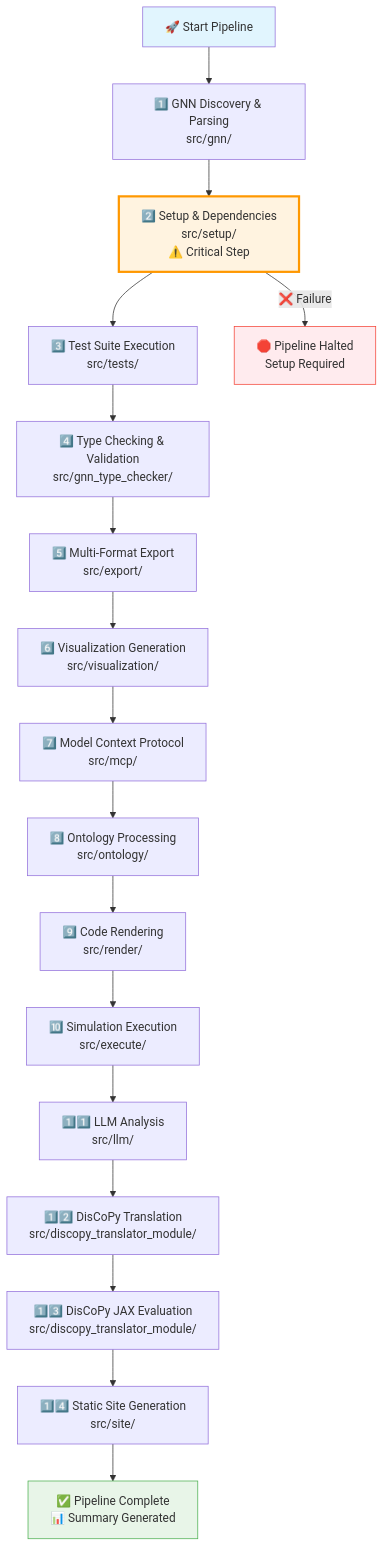
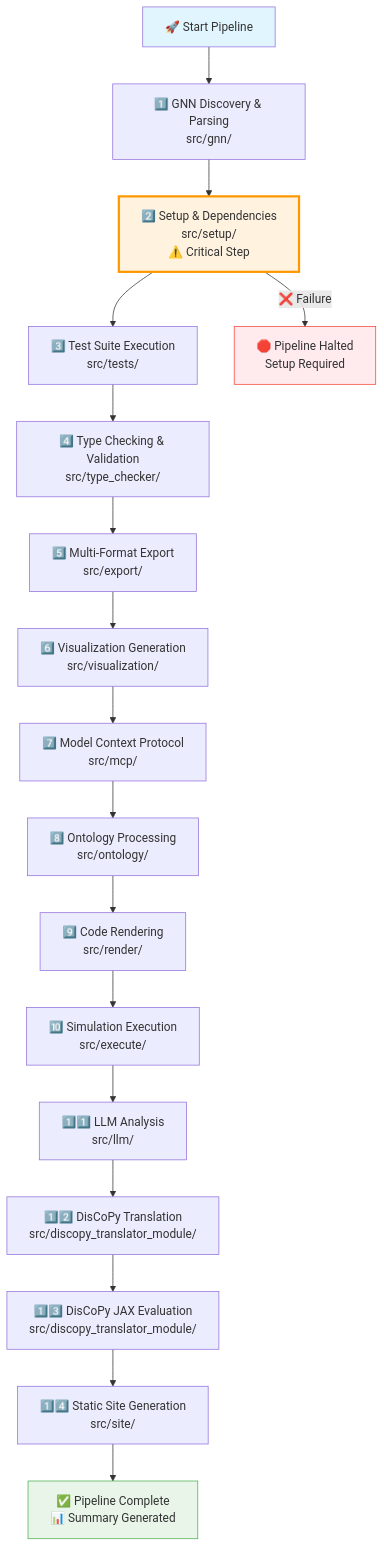
Before and after one commit to ActiveInferenceInstitute/GeneralizedNotationNotation: the third of 4 diagrams in README.md, drawn with Mermaid. The commit also changed other lines of this file and 520 other files, not shown here.

````diff
--- a/README.md
+++ b/README.md
@@ -250,25 +250,25 @@
 ```mermaid
 flowchart TD
     A["🚀 Start Pipeline"] --> B["1️⃣ GNN Discovery & Parsing<br/>src/gnn/"]
     B --> C["2️⃣ Setup & Dependencies<br/>src/setup/<br/>⚠️ Critical Step"]
     C --> D["3️⃣ Test Suite Execution<br/>src/tests/"]
-    D --> E["4️⃣ Type Checking & Validation<br/>src/gnn_type_checker/"]
+    D --> E["4️⃣ Type Checking & Validation<br/>src/type_checker/"]
     E --> F["5️⃣ Multi-Format Export<br/>src/export/"]
     F --> G["6️⃣ Visualization Generation<br/>src/visualization/"]
     G --> H["7️⃣ Model Context Protocol<br/>src/mcp/"]
     H --> I["8️⃣ Ontology Processing<br/>src/ontology/"]
     I --> J["9️⃣ Code Rendering<br/>src/render/"]
     J --> K["🔟 Simulation Execution<br/>src/execute/"]
     K --> L["1️⃣1️⃣ LLM Analysis<br/>src/llm/"]
     L --> M["1️⃣2️⃣ DisCoPy Translation<br/>src/discopy_translator_module/"]
     M --> N["1️⃣3️⃣ DisCoPy JAX Evaluation<br/>src/discopy_translator_module/"]
     N --> O["1️⃣4️⃣ Static Site Generation<br/>src/site/"]
     O --> P["✅ Pipeline Complete<br/>📊 Summary Generated"]
     
     C -->|❌ Failure| Q["🛑 Pipeline Halted<br/>Setup Required"]
     
     style A fill:#e1f5fe
     style C fill:#fff3e0,stroke:#ff9800,stroke-width:3px
     style Q fill:#ffebee,stroke:#f44336
     style P fill:#e8f5e8,stroke:#4caf50
 ```
````
